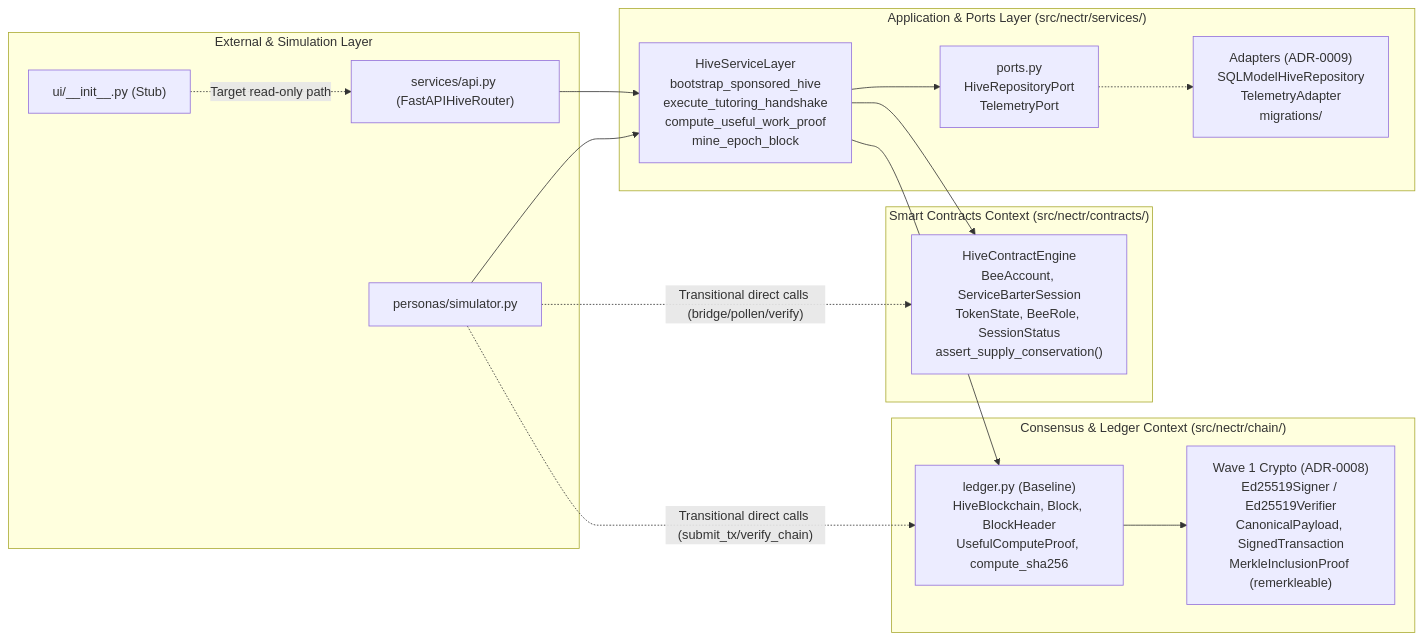
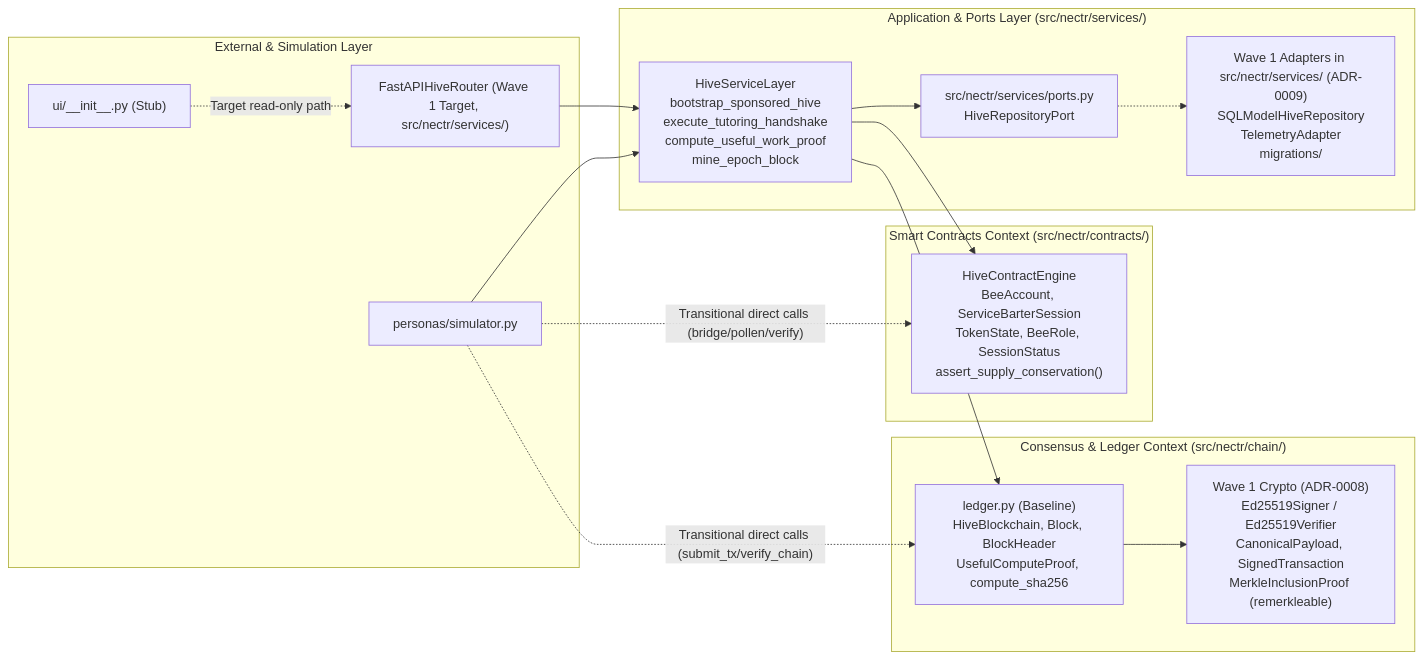
Before and after one commit to brandon-fox/nectR: the third of 5 diagrams in docs/architecture/system_design.md, drawn with Mermaid. The commit also changed other lines of this file and 1 other file, not shown here.

Commit message:
docs(arch): reconcile architecture diagrams, contracts table, and inline acronyms

````diff
--- a/docs/architecture/system_design.md
+++ b/docs/architecture/system_design.md
@@ -85,34 +85,34 @@
 ```mermaid
 flowchart LR
     subgraph Driving["External & Simulation Layer"]
         UIMod["ui/__init__.py (Stub)"]
         SimMod["personas/simulator.py"]
-        APIRouter["services/api.py (FastAPIHiveRouter)"]
+        APIRouter["FastAPIHiveRouter (Wave 1 Target, src/nectr/services/)"]
     end
 
     subgraph AppLayer["Application & Ports Layer (src/nectr/services/)"]
         SvcLayer["HiveServiceLayer<br/>bootstrap_sponsored_hive<br/>execute_tutoring_handshake<br/>compute_useful_work_proof<br/>mine_epoch_block"]
-        Ports["ports.py<br/>HiveRepositoryPort<br/>TelemetryPort"]
-        Adapters["Adapters (ADR-0009)<br/>SQLModelHiveRepository<br/>TelemetryAdapter<br/>migrations/"]
+        Ports["src/nectr/services/ports.py<br/>HiveRepositoryPort"]
+        Adapters["Wave 1 Adapters in src/nectr/services/ (ADR-0009)<br/>SQLModelHiveRepository<br/>TelemetryAdapter<br/>migrations/"]
     end
 
     subgraph ContractsCtx["Smart Contracts Context (src/nectr/contracts/)"]
         Engine["HiveContractEngine<br/>BeeAccount, ServiceBarterSession<br/>TokenState, BeeRole, SessionStatus<br/>assert_supply_conservation()"]
     end
 
     subgraph ChainCtx["Consensus & Ledger Context (src/nectr/chain/)"]
         Baseline["ledger.py (Baseline)<br/>HiveBlockchain, Block, BlockHeader<br/>UsefulComputeProof, compute_sha256"]
         Crypto["Wave 1 Crypto (ADR-0008)<br/>Ed25519Signer / Ed25519Verifier<br/>CanonicalPayload, SignedTransaction<br/>MerkleInclusionProof (remerkleable)"]
     end
 
     UIMod -.->|"Target read-only path"| APIRouter
     APIRouter --> SvcLayer
     SimMod --> SvcLayer
     SimMod -.->|"Transitional direct calls (bridge/pollen/verify)"| Engine
     SimMod -.->|"Transitional direct calls (submit_tx/verify_chain)"| Baseline
     SvcLayer --> Ports
     Ports -.-> Adapters
     SvcLayer --> Engine
     SvcLayer --> Baseline
     Baseline --> Crypto
 ```
````
